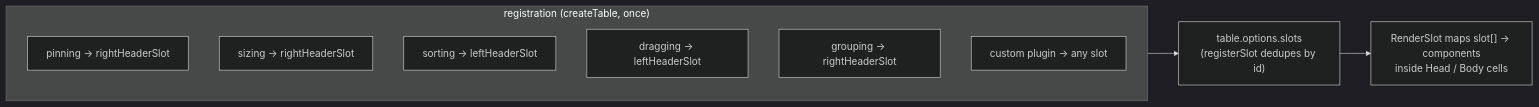
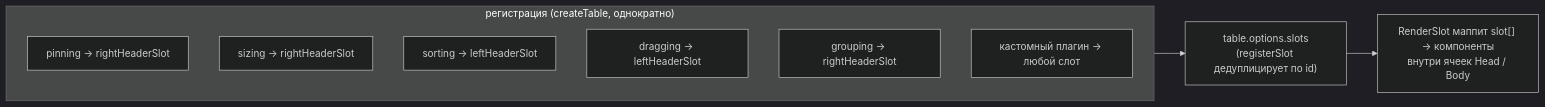
The second of 2 diagrams in docs/architecture/plugins-and-slots.md (tessera-grid/tessera), drawn with Mermaid (dark theme) before and after one commit. The commit also changed other lines of this file and 15 other files, not shown here.

First line of the commit message:
docs(architecture): translate to Russian and restructure the knowledge base

````diff
--- a/docs/architecture/plugins-and-slots.md
+++ b/docs/architecture/plugins-and-slots.md
@@ -85,14 +85,14 @@
 ```mermaid
 flowchart LR
-    subgraph reg["registration (createTable, once)"]
+    subgraph reg["регистрация (createTable, однократно)"]
         P1["pinning → rightHeaderSlot"]
         P2["sizing → rightHeaderSlot"]
         P3["sorting → leftHeaderSlot"]
         P4["dragging → leftHeaderSlot"]
         P5["grouping → rightHeaderSlot"]
-        CUST["custom plugin → any slot"]
+        CUST["кастомный плагин → любой слот"]
     end
-    STORE["table.options.slots<br/>(registerSlot dedupes by id)"]
+    STORE["table.options.slots<br/>(registerSlot дедуплицирует по id)"]
     reg --> STORE
-    STORE --> RS["RenderSlot maps slot[] → components<br/>inside Head / Body cells"]
+    STORE --> RS["RenderSlot маппит slot[] → компоненты<br/>внутри ячеек Head / Body"]
 ```
````
